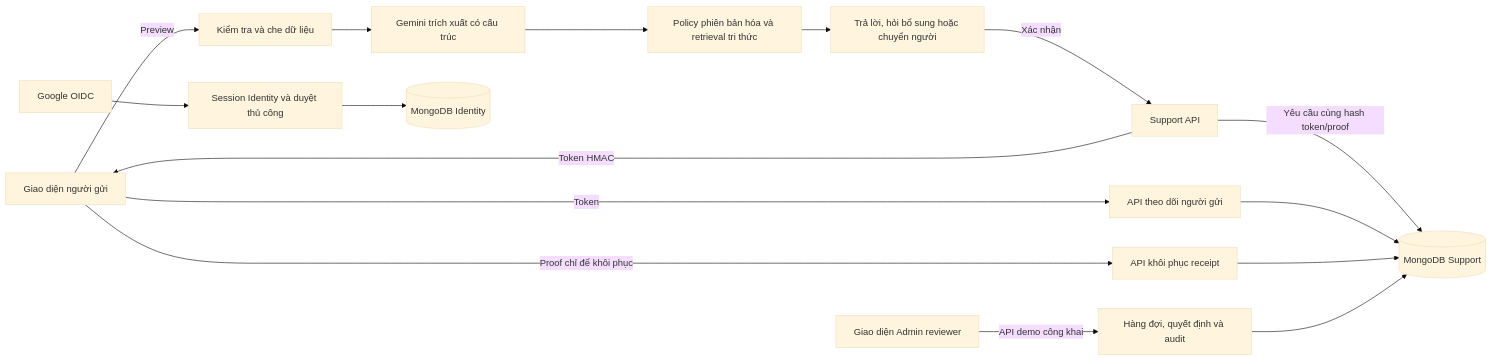
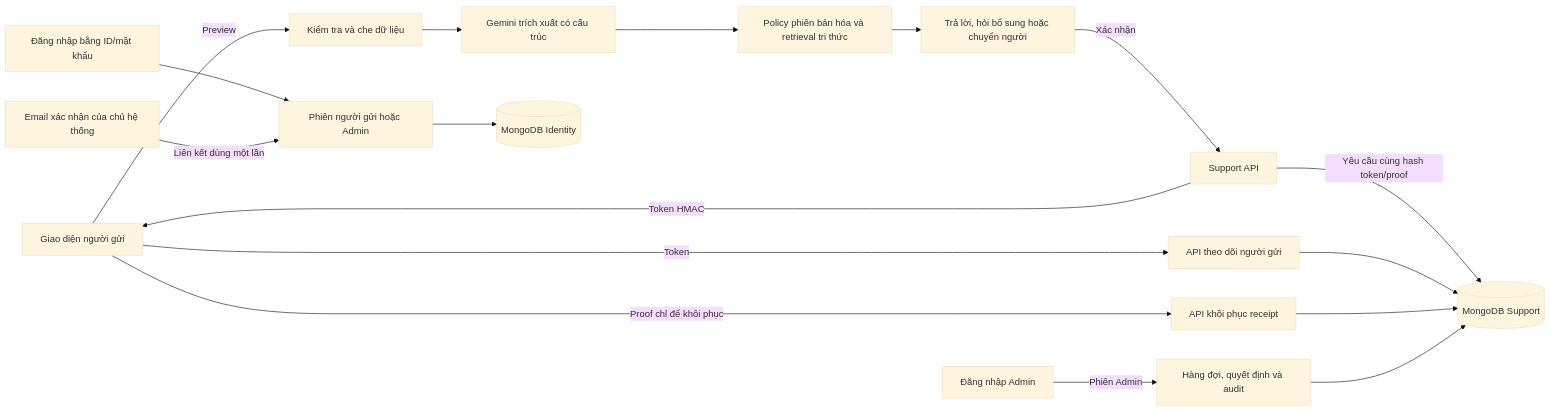
The second of 2 diagrams in README.md (Tienkhoaa2908/NSC-helpdesk---MLAI-hackathon-2026), drawn with Mermaid (base theme) before and after one commit. The commit also changed other lines of this file and 176 other files, not shown here.

````diff
--- a/README.md
+++ b/README.md
@@ -192,18 +203,19 @@
 ```mermaid
 flowchart LR
   R[Giao diện người gửi] -->|Preview| I[Kiểm tra và che dữ liệu]
   I --> M[Gemini trích xuất có cấu trúc]
   M --> P[Policy phiên bản hóa và retrieval tri thức]
   P --> V[Trả lời, hỏi bổ sung hoặc chuyển người]
   V -->|Xác nhận| S[Support API]
   S -->|Yêu cầu cùng hash token/proof| DB[(MongoDB Support)]
   S -->|Token HMAC| R
   R -->|Token| F[API theo dõi người gửi]
   F --> DB
   R -->|Proof chỉ để khôi phục| H[API khôi phục receipt]
   H --> DB
-  A[Giao diện Admin reviewer] -->|API demo công khai| Q[Hàng đợi, quyết định và audit]
+  A[Đăng nhập Admin] -->|Phiên Admin| Q[Hàng đợi, quyết định và audit]
   Q --> DB
-  G[Google OIDC] --> ID[Session Identity và duyệt thủ công]
+  U[Đăng nhập bằng ID/mật khẩu] --> ID[Phiên người gửi hoặc Admin]
+  O[Email xác nhận của chủ hệ thống] -->|Liên kết dùng một lần| ID
   ID --> DI[(MongoDB Identity)]
 ```
````
